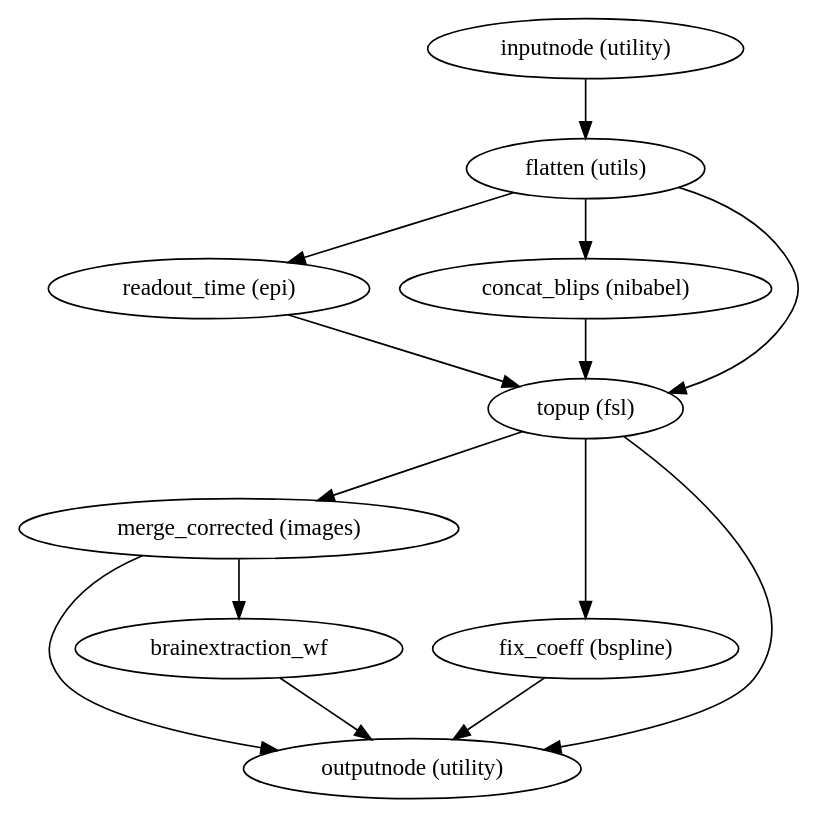
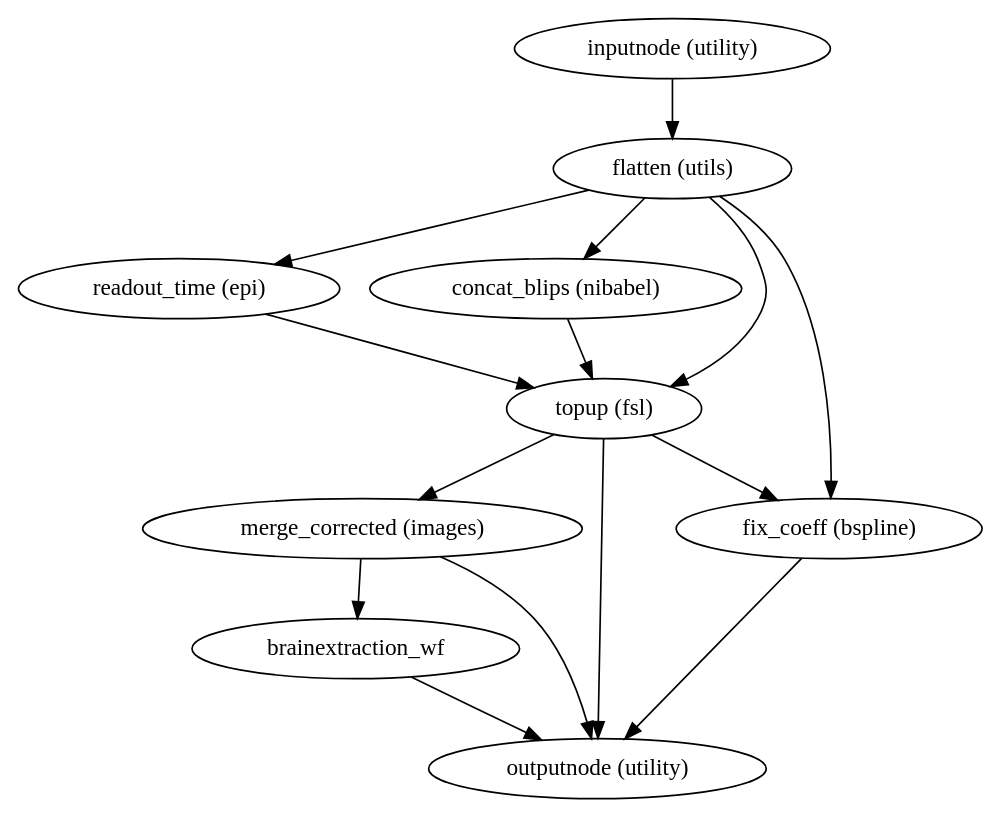
The diagram in fix_topup-coeff-scaling/wf_directive/api/pepolar_estimate_wf/sdcflows-workflows-fit-pepolar-2.dot (poldracklab/sdcflows), drawn with Graphviz before and after one commit. The commit also changed 3649 other files, not shown here.

```diff
--- a/fix_topup-coeff-scaling/wf_directive/api/pepolar_estimate_wf/sdcflows-workflows-fit-pepolar-2.dot
+++ b/fix_topup-coeff-scaling/wf_directive/api/pepolar_estimate_wf/sdcflows-workflows-fit-pepolar-2.dot
@@ -1,24 +1,25 @@
 strict digraph  {
 "inputnode (utility)";
 "flatten (utils)";
 "readout_time (epi)";
 "concat_blips (nibabel)";
 "topup (fsl)";
+"fix_coeff (bspline)";
 "merge_corrected (images)";
-"fix_coeff (bspline)";
 "outputnode (utility)";
 brainextraction_wf;
 "inputnode (utility)" -> "flatten (utils)";
 "flatten (utils)" -> "readout_time (epi)";
 "flatten (utils)" -> "concat_blips (nibabel)";
 "flatten (utils)" -> "topup (fsl)";
+"flatten (utils)" -> "fix_coeff (bspline)";
 "readout_time (epi)" -> "topup (fsl)";
 "concat_blips (nibabel)" -> "topup (fsl)";
+"topup (fsl)" -> "fix_coeff (bspline)";
 "topup (fsl)" -> "merge_corrected (images)";
-"topup (fsl)" -> "fix_coeff (bspline)";
 "topup (fsl)" -> "outputnode (utility)";
+"fix_coeff (bspline)" -> "outputnode (utility)";
 "merge_corrected (images)" -> brainextraction_wf;
 "merge_corrected (images)" -> "outputnode (utility)";
-"fix_coeff (bspline)" -> "outputnode (utility)";
 brainextraction_wf -> "outputnode (utility)";
 }
```
